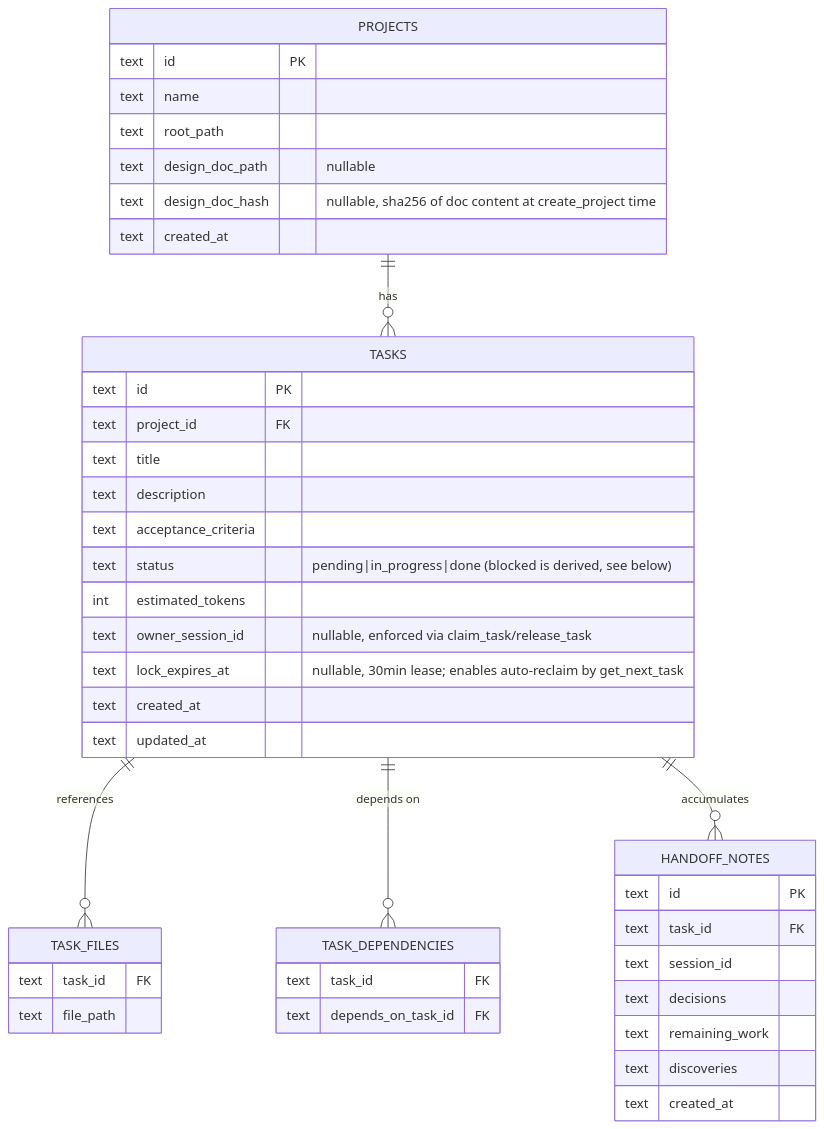
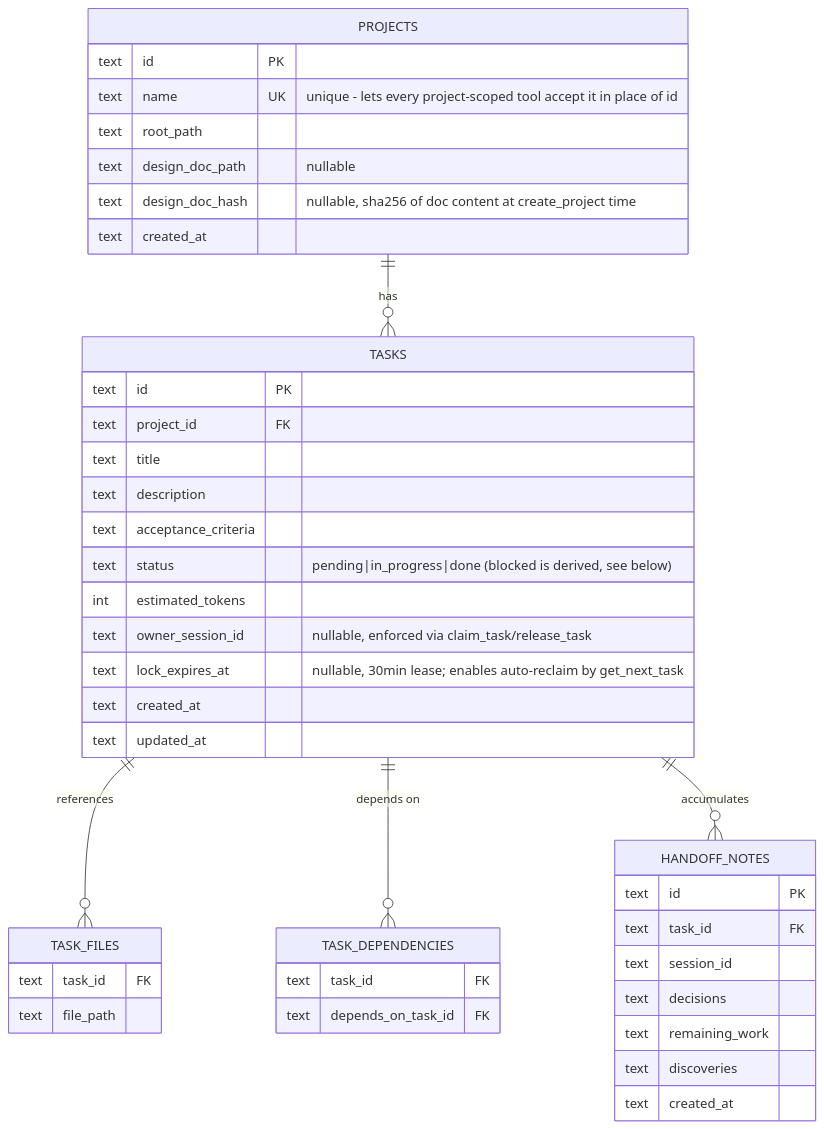
Before and after one commit to madmurdok/task-tracker-mcp: the third of 3 diagrams in docs/architecture/task-tracker-mcp.md, drawn with Mermaid. The commit also changed other lines of this file and 3 other files, not shown here.

Commit message:
docs: document project lookup by name, bump version to 0.3.0 (F4)

````diff
--- a/docs/architecture/task-tracker-mcp.md
+++ b/docs/architecture/task-tracker-mcp.md
@@ -120,46 +120,46 @@
 ```mermaid
 erDiagram
     PROJECTS ||--o{ TASKS : has
     TASKS ||--o{ TASK_FILES : references
     TASKS ||--o{ TASK_DEPENDENCIES : "depends on"
     TASKS ||--o{ HANDOFF_NOTES : accumulates
 
     PROJECTS {
         text id PK
-        text name
+        text name UK "unique - lets every project-scoped tool accept it in place of id"
         text root_path
         text design_doc_path "nullable"
         text design_doc_hash "nullable, sha256 of doc content at create_project time"
         text created_at
     }
     TASKS {
         text id PK
         text project_id FK
         text title
         text description
         text acceptance_criteria
         text status "pending|in_progress|done (blocked is derived, see below)"
         int estimated_tokens
         text owner_session_id "nullable, enforced via claim_task/release_task"
         text lock_expires_at "nullable, 30min lease; enables auto-reclaim by get_next_task"
         text created_at
         text updated_at
     }
     TASK_FILES {
         text task_id FK
         text file_path
     }
     TASK_DEPENDENCIES {
         text task_id FK
         text depends_on_task_id FK
     }
     HANDOFF_NOTES {
         text id PK
         text task_id FK
         text session_id
         text decisions
         text remaining_work
         text discoveries
         text created_at
     }
 ```
````
